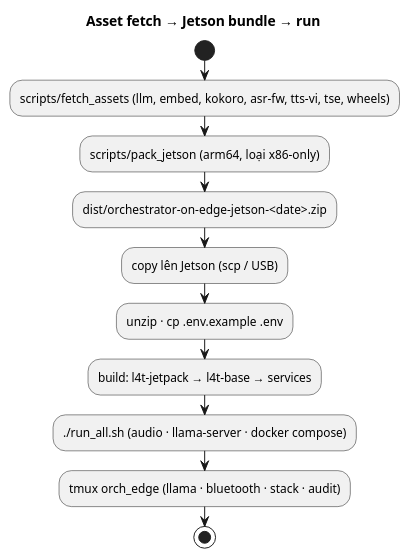
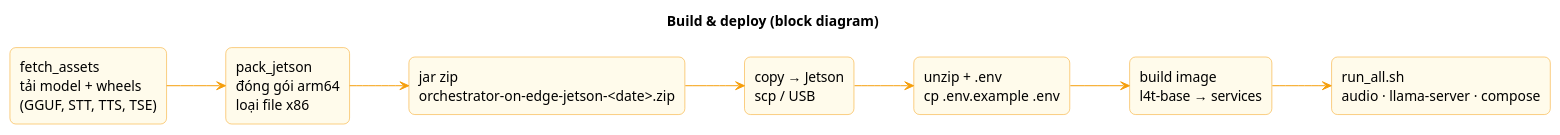
The third of 3 diagrams in docs/pipeline.puml (hminhphi/VoiceControl), drawn with PlantUML before and after one commit. The commit also changed other lines of this file and 4 other files, not shown here.

First line of the commit message:
docs(pipeline): simple block diagrams (task per block) + rendered PNGs

```diff
--- a/docs/pipeline.puml
+++ b/docs/pipeline.puml
@@ -103,13 +70,25 @@
-@startuml Build and deploy
-title Asset fetch → Jetson bundle → run
-start
-:scripts/fetch_assets (llm, embed, kokoro, asr-fw, tts-vi, tse, wheels);
-:scripts/pack_jetson (arm64, loại x86-only);
-:dist/orchestrator-on-edge-jetson-<date>.zip;
-:copy lên Jetson (scp / USB);
-:unzip · cp .env.example .env;
-:build: l4t-jetpack → l4t-base → services;
-:./run_all.sh (audio · llama-server · docker compose);
-:tmux orch_edge (llama · bluetooth · stack · audit);
-stop
+@startuml Build - block diagram
+title Build & deploy (block diagram)
+left to right direction
+skinparam rectangle {
+  BackgroundColor #FFFBEB
+  BorderColor #F59E0B
+  RoundCorner 12
+}
+skinparam ArrowColor #F59E0B
+
+rectangle "fetch_assets\ntải model + wheels\n(GGUF, STT, TTS, TSE)" as A
+rectangle "pack_jetson\nđóng gói arm64\nloại file x86" as B
+rectangle "jar zip\norchestrator-on-edge-jetson-<date>.zip" as C
+rectangle "copy → Jetson\nscp / USB" as D
+rectangle "unzip + .env\ncp .env.example .env" as E
+rectangle "build image\nl4t-base → services" as F
+rectangle "run_all.sh\naudio · llama-server · compose" as G
+
+A --> B
+B --> C
+C --> D
+D --> E
+E --> F
+F --> G
 @enduml
```
